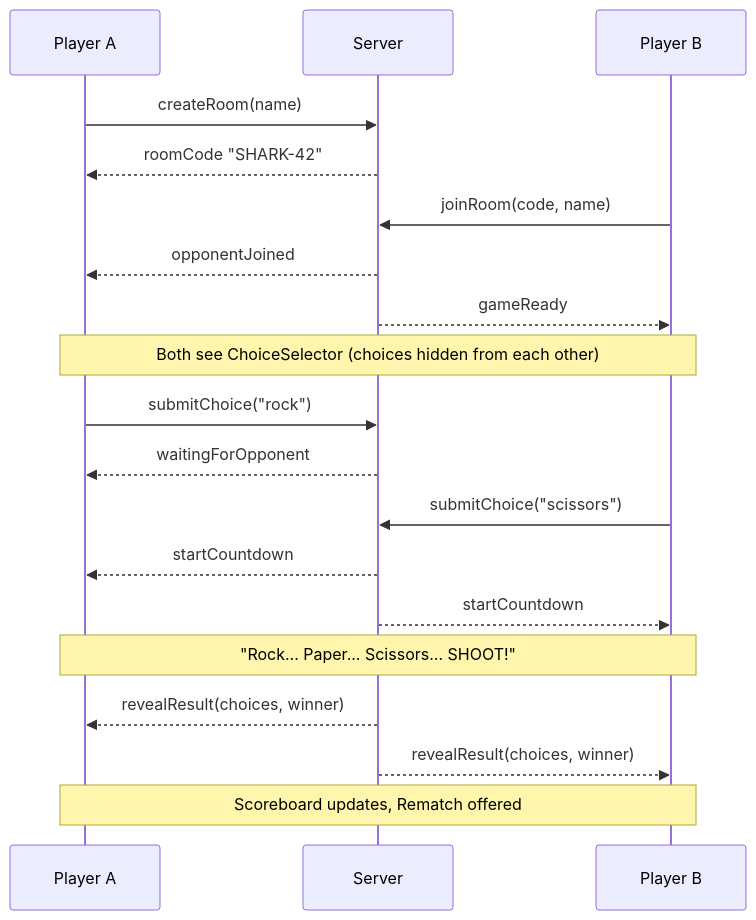
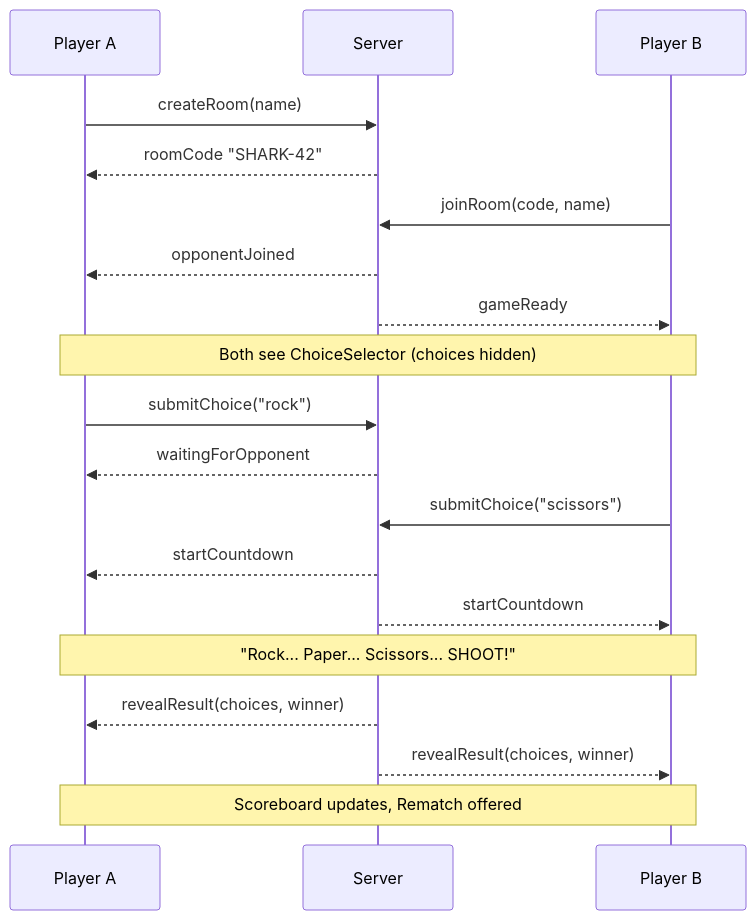
One commit to Sid10501/rockpaperscissors changed the second of 2 diagrams in BUILD_PLAN.md. Above: the diagram before and after it, drawn with Mermaid. The commit also changed other lines of this file and 37 other files, not shown here.

````diff
--- a/BUILD_PLAN.md
+++ b/BUILD_PLAN.md
@@ -87,22 +92,22 @@
 ```mermaid
 sequenceDiagram
     participant A as Player A
     participant S as Server
     participant B as Player B
 
     A->>S: createRoom(name)
     S-->>A: roomCode "SHARK-42"
     B->>S: joinRoom(code, name)
     S-->>A: opponentJoined
     S-->>B: gameReady
-    Note over A,B: Both see ChoiceSelector (choices hidden from each other)
+    Note over A,B: Both see ChoiceSelector (choices hidden)
     A->>S: submitChoice("rock")
     S-->>A: waitingForOpponent
     B->>S: submitChoice("scissors")
     S-->>A: startCountdown
     S-->>B: startCountdown
     Note over A,B: "Rock... Paper... Scissors... SHOOT!"
     S-->>A: revealResult(choices, winner)
     S-->>B: revealResult(choices, winner)
     Note over A,B: Scoreboard updates, Rematch offered
 ```
````
